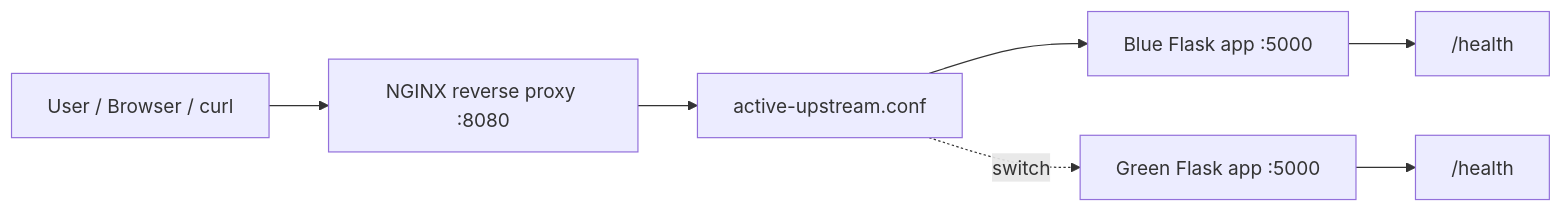
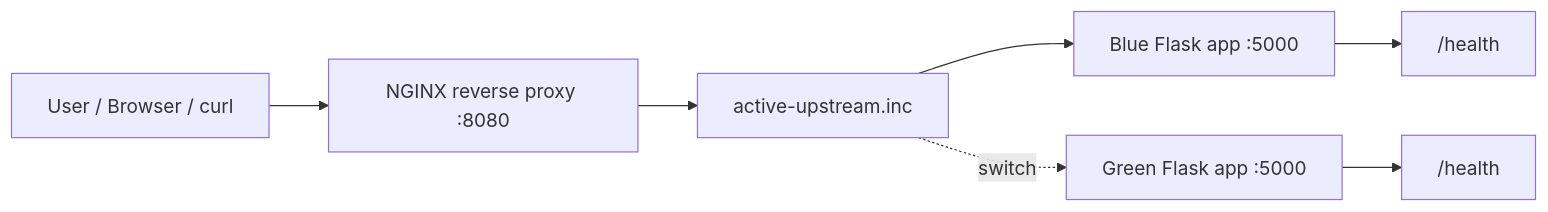
Before and after one commit to Harisheedala4452/blue-green-deployment-demo: the diagram in README.md, drawn with Mermaid. The commit also changed other lines of this file and 4 other files, not shown here.

````diff
--- a/README.md
+++ b/README.md
@@ -14,9 +14,9 @@
 ```mermaid
 flowchart LR
   User["User / Browser / curl"] --> Nginx["NGINX reverse proxy :8080"]
-  Nginx --> Active["active-upstream.conf"]
+  Nginx --> Active["active-upstream.inc"]
   Active --> Blue["Blue Flask app :5000"]
   Active -. switch .-> Green["Green Flask app :5000"]
   Blue --> HealthBlue["/health"]
   Green --> HealthGreen["/health"]
 ```
````
